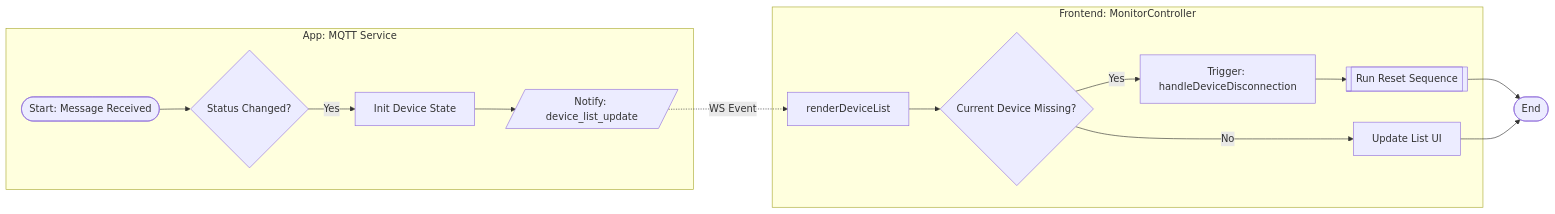
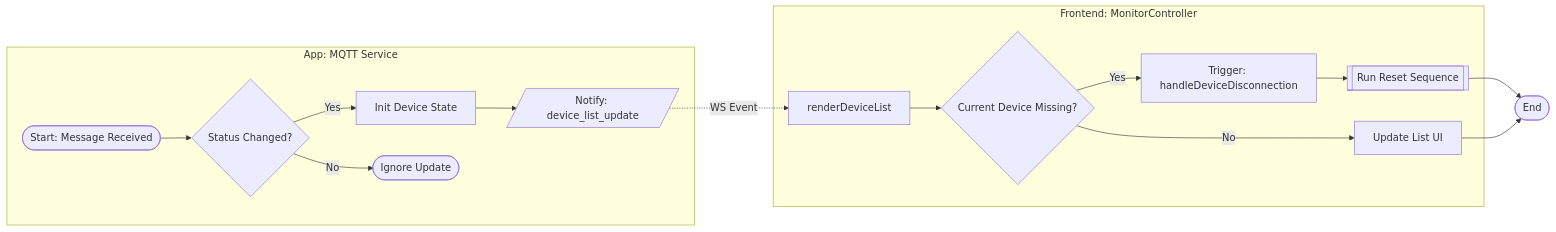
Before and after one commit to affanrk/ecg-puskesmas: the fourth of 11 diagrams in SYSTEM_FLOWS.md, drawn with Mermaid. The commit also changed other lines of this file, not shown here.

````diff
--- a/SYSTEM_FLOWS.md
+++ b/SYSTEM_FLOWS.md
@@ -159,23 +161,24 @@
 ```mermaid
 flowchart LR
     %% SWIMLANE: BACKEND
     subgraph Backend_MQTT [App: MQTT Service]
         MsgIn([Start: Message Received]) --> CheckStatus{Status Changed?}
         CheckStatus -- Yes --> InitDev[Init Device State]
         InitDev --> SendList[/Notify: device_list_update/]
+        CheckStatus -- No --> Ignore([Ignore Update])
     end
 
     %% SWIMLANE: FRONTEND
     subgraph Frontend_Logic [Frontend: MonitorController]
         SendList -.->|WS Event| Render[renderDeviceList]
         Render --> LoopCheck{Current Device Missing?}
         
         LoopCheck -- Yes --> TriggerDisc[Trigger: handleDeviceDisconnection]
         LoopCheck -- No --> UpdateUI[Update List UI]
         
         TriggerDisc --> ResetComp[[Run Reset Sequence]]
     end
     
     ResetComp --> EndSync([End])
     UpdateUI --> EndSync
 ```
````
